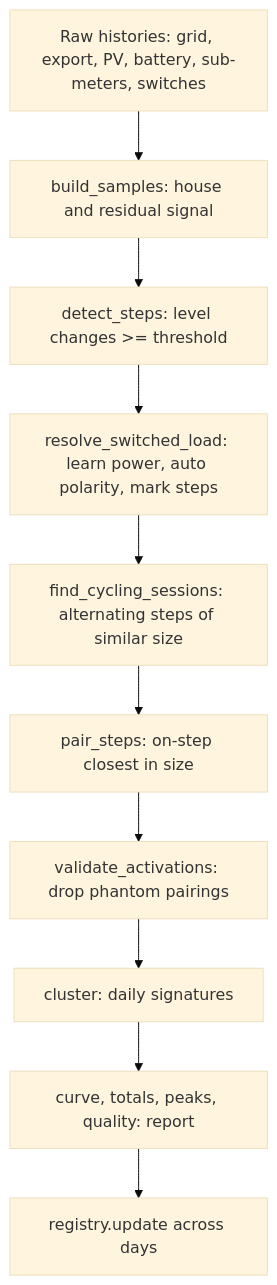
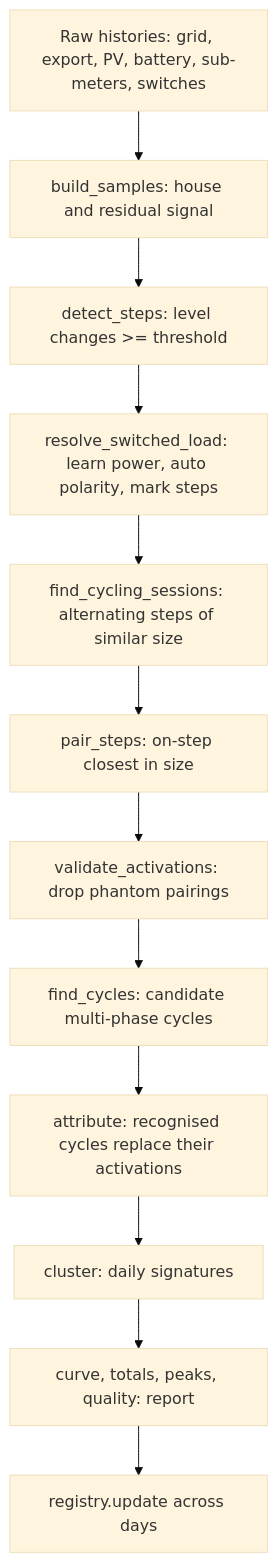
Before and after one commit to Aarklendoia/ha-energy-mapper: the fourth of 5 diagrams in docs/design.md, drawn with Mermaid (base theme). The commit also changed other lines of this file and 19 other files, not shown here.

First line of the commit message:
Multi-phase appliances, first version: cycles, templates and per-phase energy (#26) (#69)

````diff
--- a/docs/design.md
+++ b/docs/design.md
@@ -313,12 +314,14 @@
 ```mermaid
 flowchart TD
   H[Raw histories: grid, export, PV, battery, sub-meters, switches] --> S[build_samples: house and residual signal]
   S --> D[detect_steps: level changes >= threshold]
   D --> K[resolve_switched_load: learn power, auto polarity, mark steps]
   K --> C[find_cycling_sessions: alternating steps of similar size]
   C --> P[pair_steps: on-step closest in size]
   P --> V[validate_activations: drop phantom pairings]
-  V --> G[cluster: daily signatures]
+  V --> MC[find_cycles: candidate multi-phase cycles]
+  MC --> MA[attribute: recognised cycles replace their activations]
+  MA --> G[cluster: daily signatures]
   G --> R[curve, totals, peaks, quality: report]
   R --> RG[registry.update across days]
 ```
````
